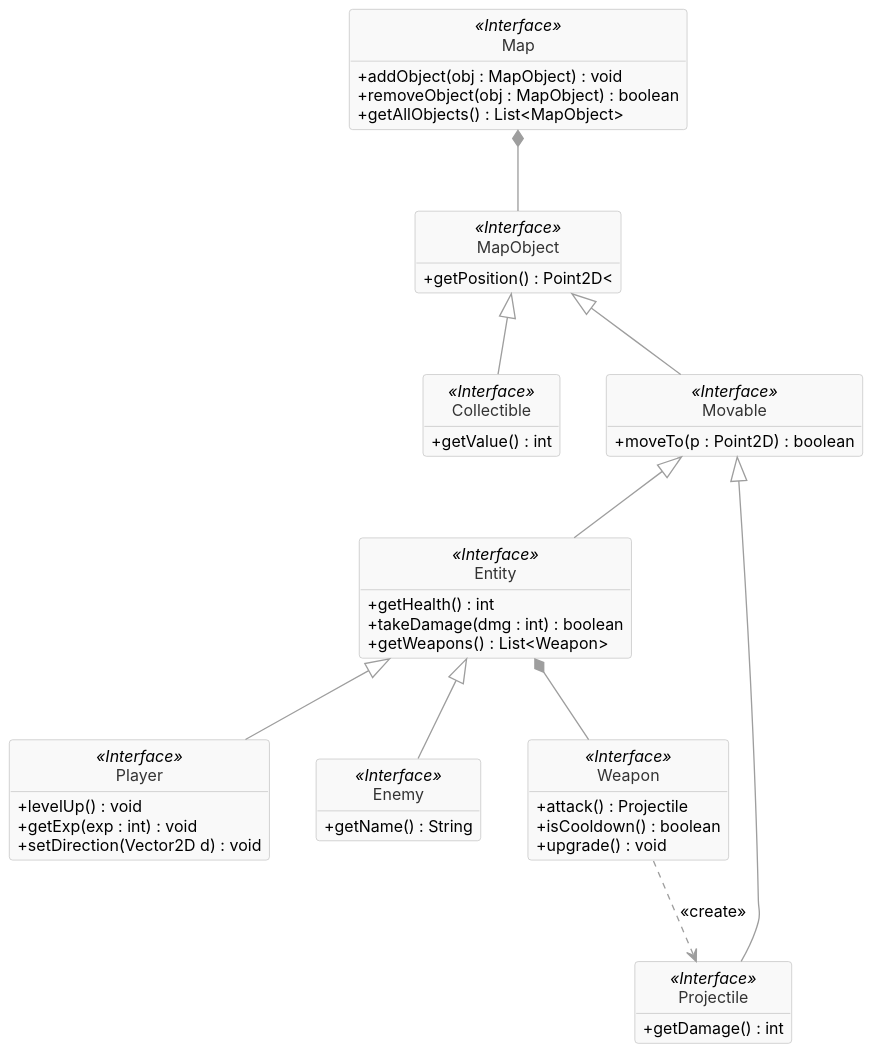
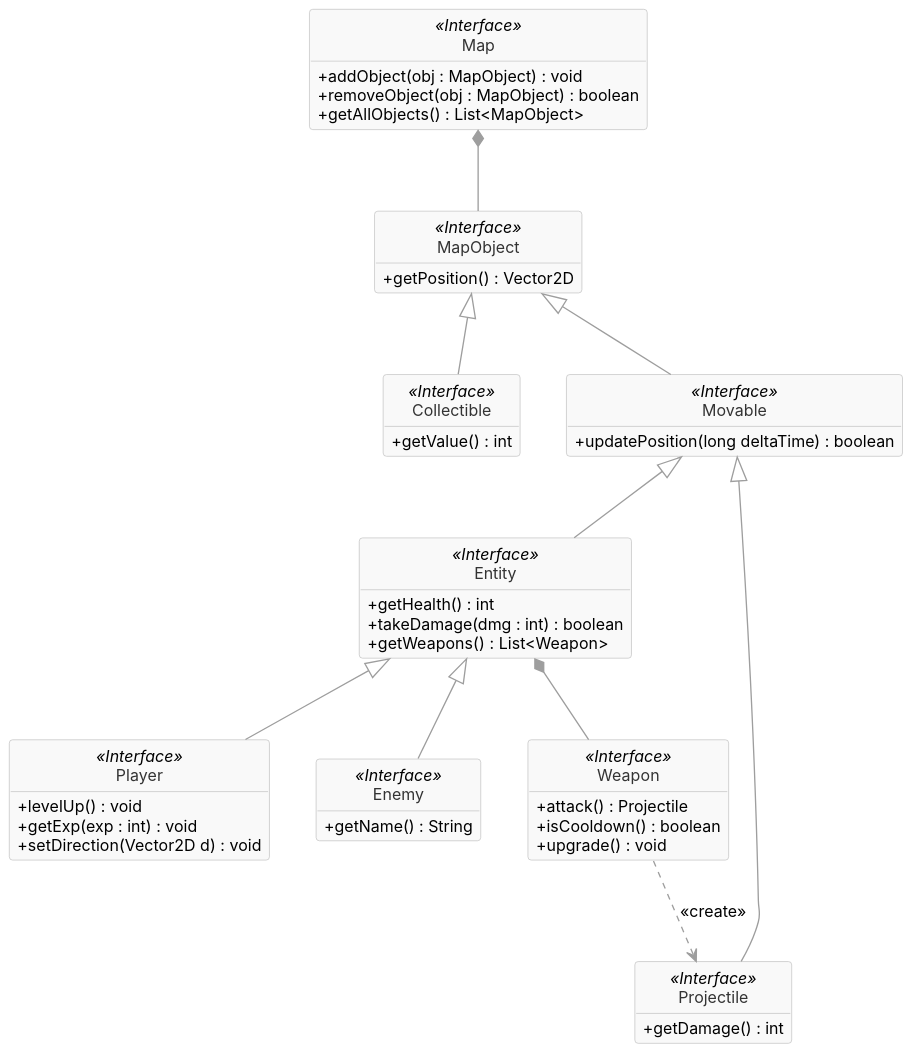
One commit to GiocoMatto/wild-enc-actions-test changed the diagram in report/uml/domain.puml. Above: the diagram before and after it, drawn with PlantUML. The commit also changed 6 other files, not shown here.

```diff
--- a/report/uml/domain.puml
+++ b/report/uml/domain.puml
@@ -1,95 +1,95 @@
 @startuml Domain
 
 ' =========================
 '  Style
 ' =========================
 
 skinparam shadowing false
 skinparam roundcorner 5
 skinparam dpi 150
 
 skinparam DefaultFontName "Inter"
 skinparam DefaultFontSize 12
 skinparam classAttributeIconSize 0
 
 skinparam class {
   BackgroundColor #F9F9F9
   BorderColor #BFBFBF
   FontColor #333333
 }
 
 skinparam Arrow {
   Color #9E9E9E
   Thickness 1
 }
 
 hide circle
 hide empty members
 
 ' =========================
 '  Classes
 ' =========================
 
 class Map <<Interface>> {
   +addObject(obj : MapObject) : void
   +removeObject(obj : MapObject) : boolean
   +getAllObjects() : List<MapObject>
 }
 
 class MapObject <<Interface>> {
-  +getPosition() : Point2D<
+  +getPosition() : Vector2D
 }
 
 class Collectible <<Interface>> {
   +getValue() : int
 }
 
 class Movable <<Interface>> {
-  +moveTo(p : Point2D) : boolean
+  +updatePosition(long deltaTime) : boolean
 }
 
 class Entity <<Interface>> {
   +getHealth() : int
   +takeDamage(dmg : int) : boolean
   +getWeapons() : List<Weapon>
 }
 
 class Player <<Interface>> {
   +levelUp() : void
   +getExp(exp : int) : void
   +setDirection(Vector2D d) : void
 }
 
 class Enemy <<Interface>> {
   +getName() : String
 }
 
 class Weapon <<Interface>> {
   +attack() : Projectile
   +isCooldown() : boolean
   +upgrade() : void
 }
 
 class Projectile <<Interface>> {
   +getDamage() : int
 }
 
 ' =========================
 '  Relations
 ' =========================
 
 MapObject <|-- Collectible
 MapObject <|-- Movable
 
 Movable <|-- Entity
 Movable <|-- Projectile
 
 Entity <|-- Enemy
 Entity <|-- Player
 
 Entity *-- Weapon
 Map *-- MapObject
 
 Weapon ..> Projectile : <<create>>
 
 @enduml
```
